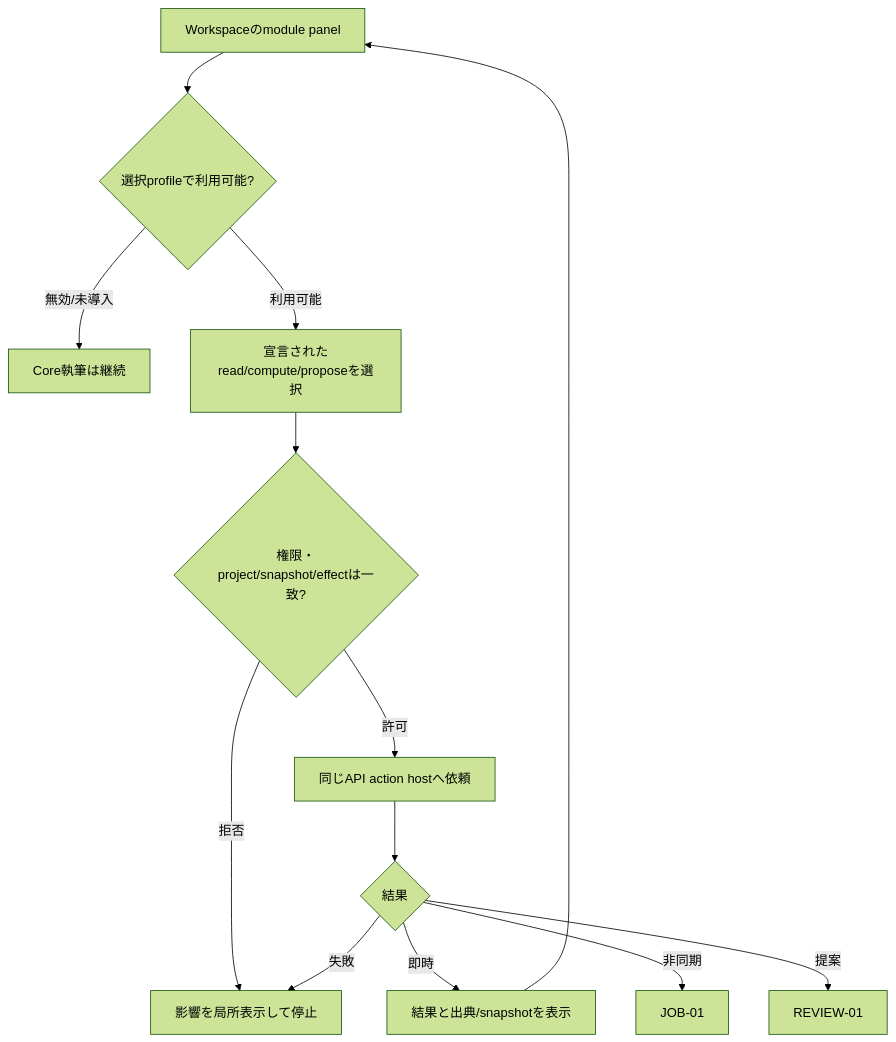
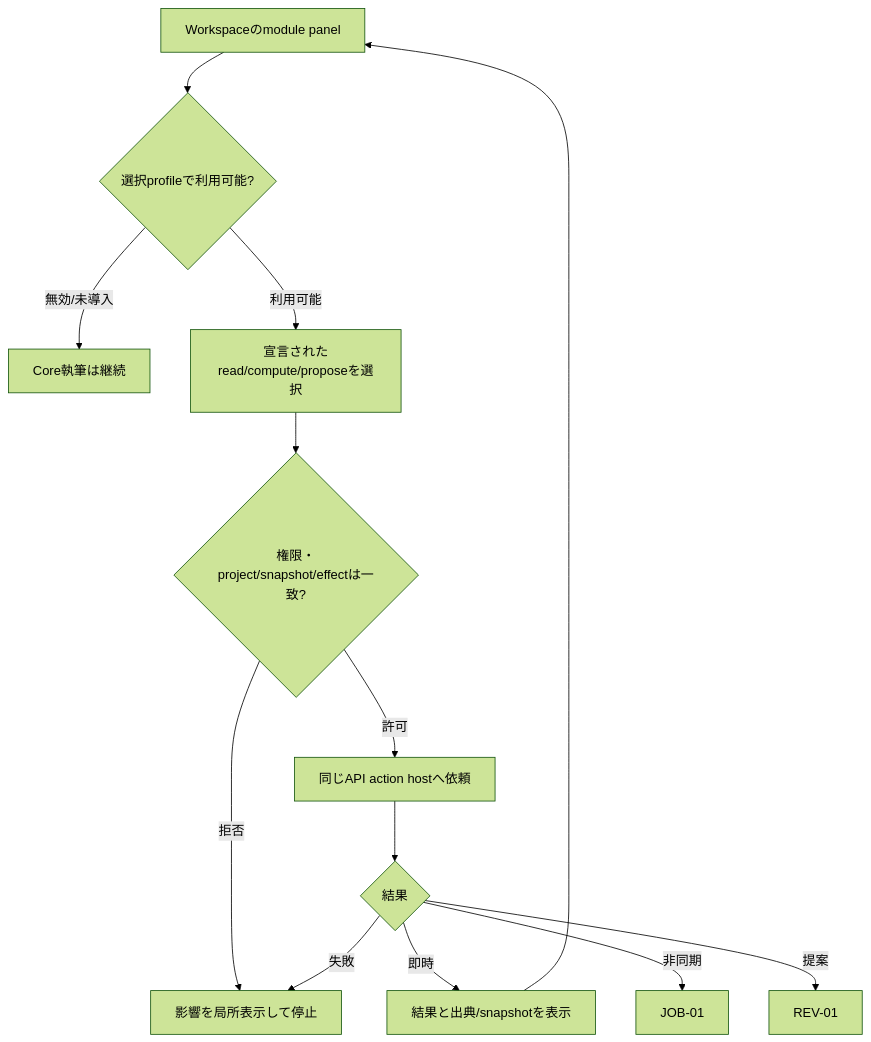
Before and after one commit to yohn-jp/codexia: diagram 14 of 24 in docs/design/SCREEN-STATE-ATLAS.md, drawn with Mermaid (forest theme). The commit also changed other lines of this file and 2 other files, not shown here.

````diff
--- a/docs/design/SCREEN-STATE-ATLAS.md
+++ b/docs/design/SCREEN-STATE-ATLAS.md
@@ -246,15 +246,15 @@
 ```mermaid
 flowchart TD
     ENTRY["Workspaceのmodule panel"] --> AVAILABLE{"選択profileで利用可能?"}
     AVAILABLE -->|無効/未導入| CORE["Core執筆は継続"]
     AVAILABLE -->|利用可能| ACTION["宣言されたread/compute/proposeを選択"]
     ACTION --> GUARD{"権限・project/snapshot/effectは一致?"}
     GUARD -->|拒否| ERROR["影響を局所表示して停止"]
     GUARD -->|許可| EXEC["同じAPI action hostへ依頼"]
     EXEC --> RESULT{"結果"}
     RESULT -->|即時| VIEW["結果と出典/snapshotを表示"]
     RESULT -->|非同期| JOB["JOB-01"]
-    RESULT -->|提案| REVIEW["REVIEW-01"]
+    RESULT -->|提案| REVIEW["REV-01"]
     RESULT -->|失敗| ERROR
     VIEW --> ENTRY
 ```
````
